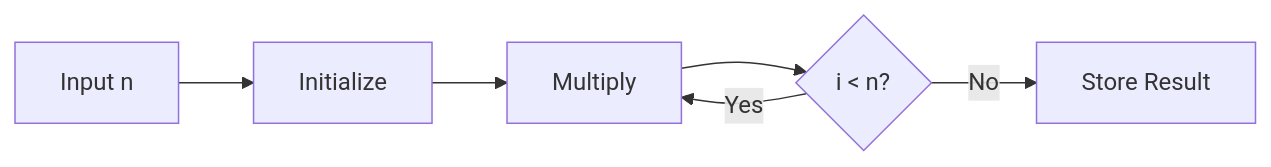
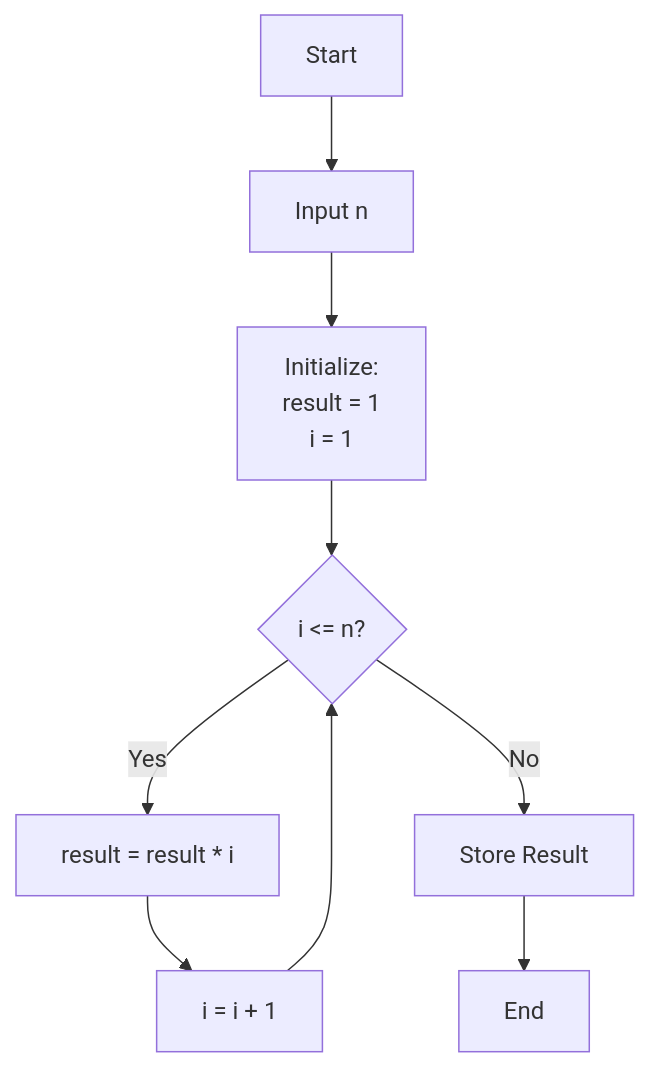
The first of 3 diagrams in README.md (Sushmit-Biswas/MIPS-Processor-and-Assembler-Implementation), drawn with Mermaid before and after one commit. The commit also changed other lines of this file, not shown here.

````diff
--- a/README.md
+++ b/README.md
@@ -12,8 +12,13 @@
 ```mermaid
-flowchart LR
-    A[Input n] --> B[Initialize]
-    B --> C[Multiply]
-    C --> D{i < n?}
-    D -->|Yes| C
-    D -->|No| E[Store Result]
+flowchart TD
+    A[Start] --> B[Input n]
+    B --> C[Initialize: 
+    result = 1
+    i = 1]
+    C --> D{i <= n?}
+    D -->|Yes| E[result = result * i]
+    E --> F[i = i + 1]
+    F --> D
+    D -->|No| G[Store Result]
+    G --> H[End]
 ```
````
